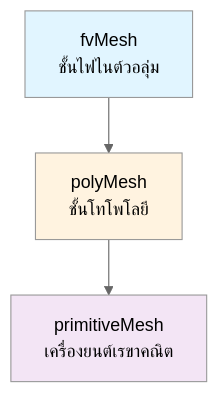
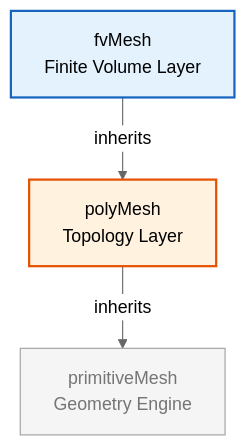
Before and after one commit to wramet/build-my-cfd: the diagram in MODULE_05_OPENFOAM_PROGRAMMING/CONTENT/04_MESH_CLASSES/01_Introduction.md, drawn with Mermaid (neutral theme). The commit also changed 313 other files, not shown here.

Commit message:
Revise all diagram

````diff
--- a/MODULE_05_OPENFOAM_PROGRAMMING/CONTENT/04_MESH_CLASSES/01_Introduction.md
+++ b/MODULE_05_OPENFOAM_PROGRAMMING/CONTENT/04_MESH_CLASSES/01_Introduction.md
@@ -47,9 +47,10 @@
 ```mermaid
 flowchart TD
-    A[fvMesh<br/>ชั้นไฟไนต์วอลุ่ม] --> B[polyMesh<br/>ชั้นโทโพโลยี]
-    B --> C[primitiveMesh<br/>เครื่องยนต์เรขาคณิต]
-
-    style A fill:#e1f5ff
-    style B fill:#fff3e0
-    style C fill:#f3e5f5
+%% Classes
+classDef explicit fill:#fff3e0,stroke:#e65100,stroke-width:2px;
+classDef implicit fill:#e3f2fd,stroke:#1565c0,stroke-width:2px;
+classDef context fill:#f5f5f5,stroke:#9e9e9e,stroke-width:1px,color:#757575;
+%% Nodes
+A[fvMesh<br/>Finite Volume Layer]:::implicit -->|inherits| B[polyMesh<br/>Topology Layer]:::explicit
+B -->|inherits| C[primitiveMesh<br/>Geometry Engine]:::context
 ```
````
